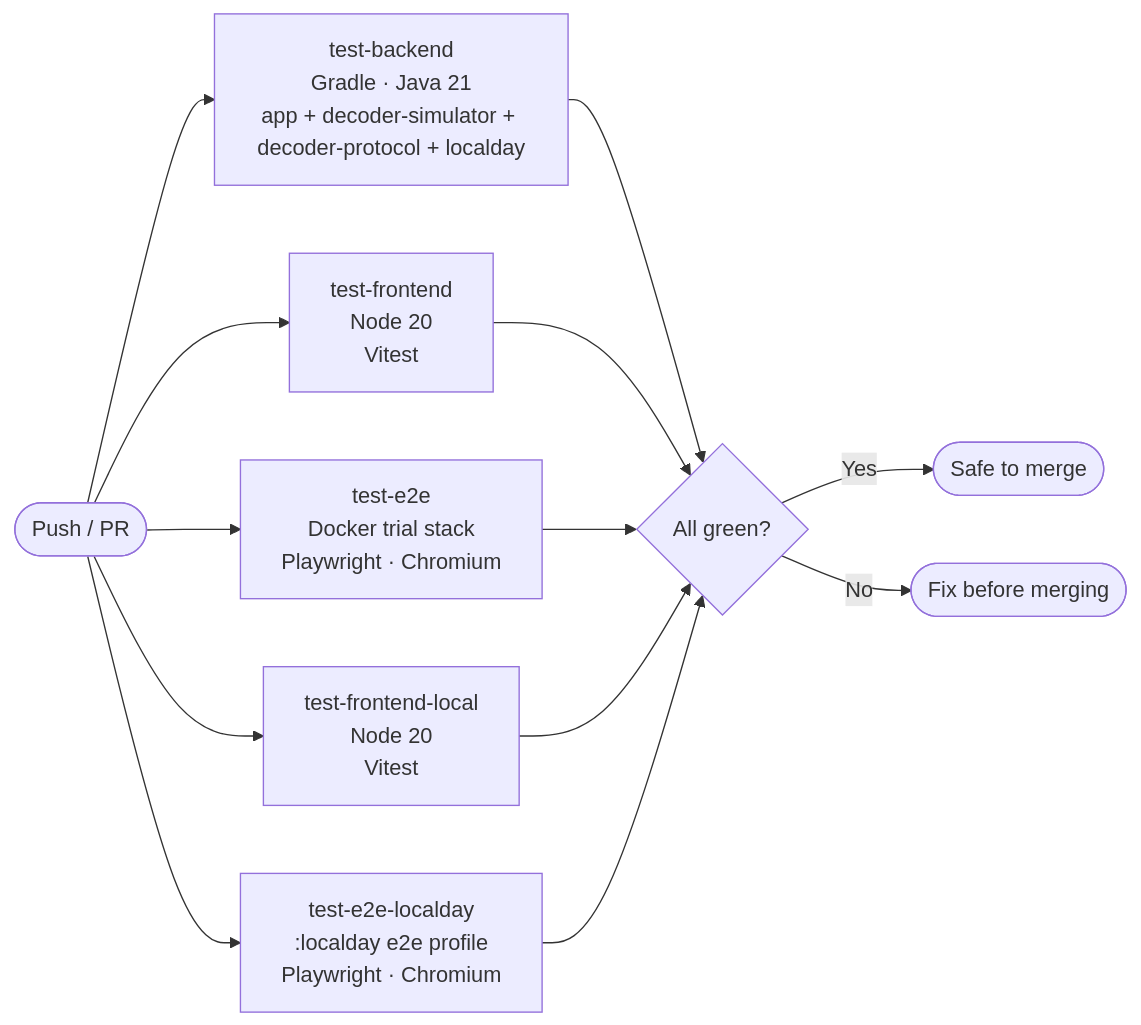
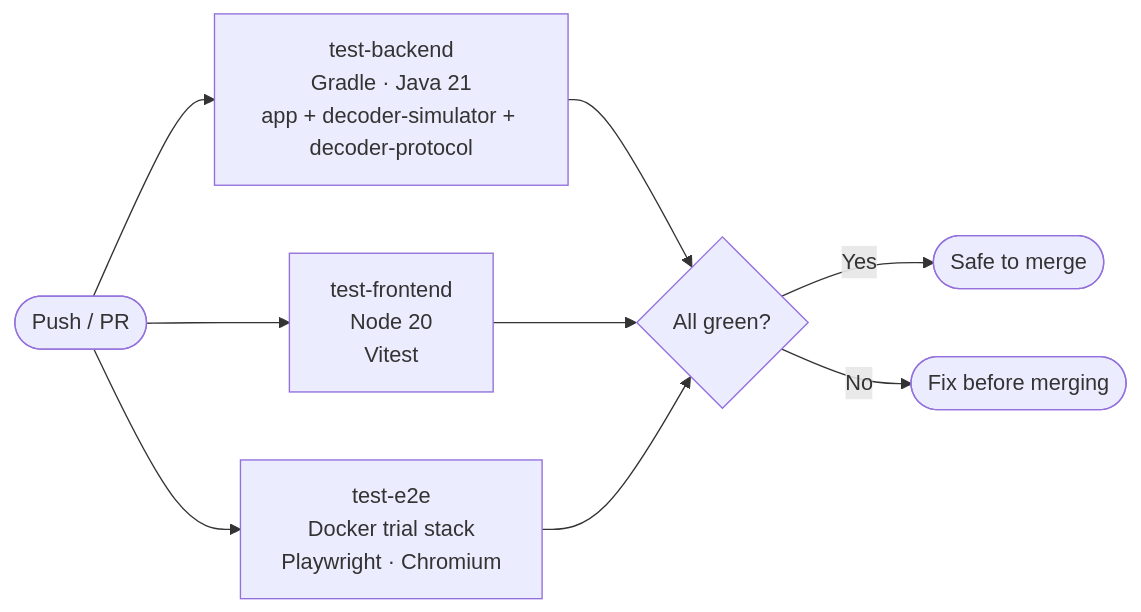
One commit to oggthemiffed/RCTimingControl changed the third of 3 diagrams in CONTRIBUTING.md. Above: the diagram before and after it, drawn with Mermaid. The commit also changed other lines of this file and 12 other files, not shown here.

````diff
--- a/CONTRIBUTING.md
+++ b/CONTRIBUTING.md
@@ -89,17 +89,13 @@
 ```mermaid
 flowchart LR
-    Push([Push / PR]) --> B[test-backend\nGradle · Java 21\napp + decoder-simulator + decoder-protocol + localday]
+    Push([Push / PR]) --> B[test-backend\nGradle · Java 21\napp + decoder-simulator + decoder-protocol]
     Push --> C[test-frontend\nNode 20\nVitest]
     Push --> D[test-e2e\nDocker trial stack\nPlaywright · Chromium]
-    Push --> F2[test-frontend-local\nNode 20\nVitest]
-    Push --> D2[test-e2e-localday\n:localday e2e profile\nPlaywright · Chromium]
 
     B --> E{All green?}
     C --> E
     D --> E
-    F2 --> E
-    D2 --> E
 
     E -- Yes --> F([Safe to merge])
     E -- No --> G([Fix before merging])
 ```
````
